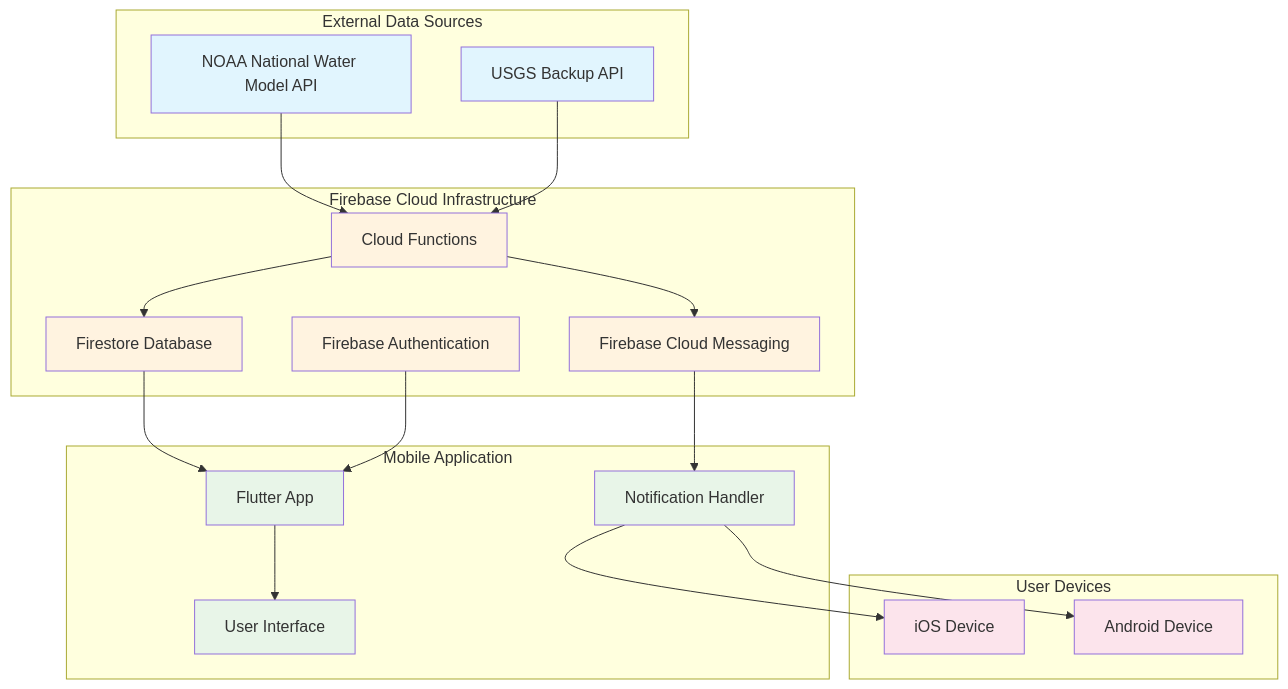
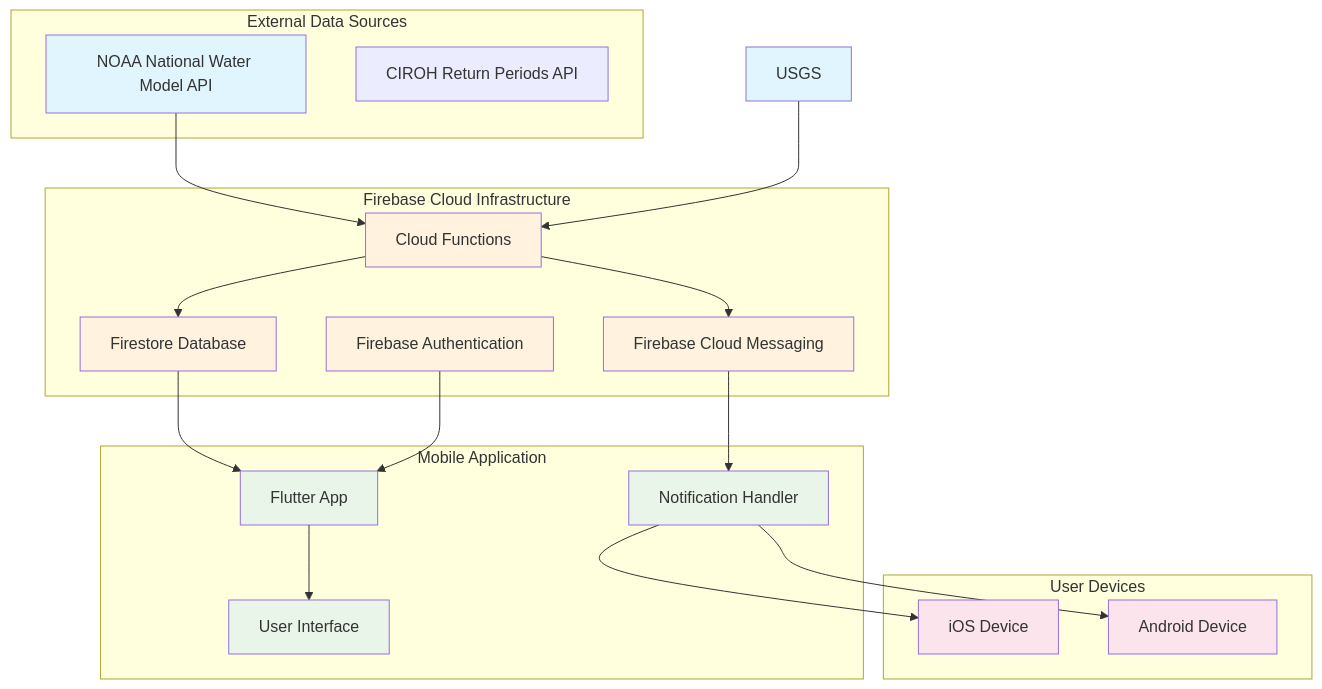
Before and after one commit to jersjar7/Rivr: the first of 10 diagrams in thesis_documentation/architecture/system_flow_diagrams.md, drawn with Mermaid. The commit also changed 2 other files, not shown here.

Commit message:
Flow Diagram changed to CIROH API

````diff
--- a/thesis_documentation/architecture/system_flow_diagrams.md
+++ b/thesis_documentation/architecture/system_flow_diagrams.md
@@ -9,46 +9,46 @@
 ```mermaid
 graph TB
     subgraph "External Data Sources"
         NOAA[NOAA National Water Model API]
-        USGS[USGS Backup API]
+        CIROH[CIROH Return Periods API]
     end
     
     subgraph "Firebase Cloud Infrastructure"
         CF[Cloud Functions]
         FS[Firestore Database]
         FCM[Firebase Cloud Messaging]
         AUTH[Firebase Authentication]
     end
     
     subgraph "Mobile Application"
         APP[Flutter App]
         NOTIF[Notification Handler]
         UI[User Interface]
     end
     
     subgraph "User Devices"
         iOS[iOS Device]
         ANDROID[Android Device]
     end
     
     NOAA --> CF
     USGS --> CF
     CF --> FS
     CF --> FCM
     FS --> APP
     FCM --> NOTIF
     AUTH --> APP
     APP --> UI
     NOTIF --> iOS
     NOTIF --> ANDROID
     
     classDef external fill:#e1f5fe
     classDef firebase fill:#fff3e0
     classDef mobile fill:#e8f5e8
     classDef device fill:#fce4ec
     
     class NOAA,USGS external
     class CF,FS,FCM,AUTH firebase
     class APP,NOTIF,UI mobile
     class iOS,ANDROID device
 ```
````
